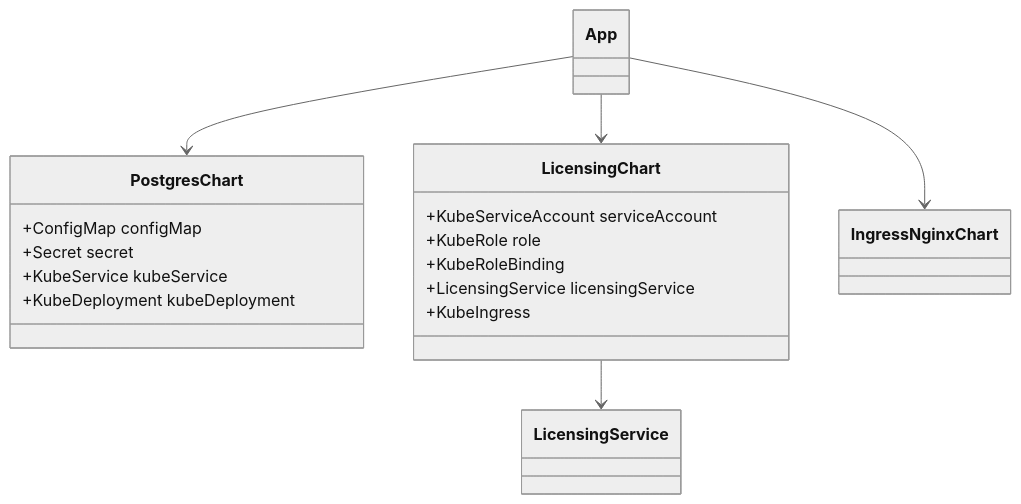
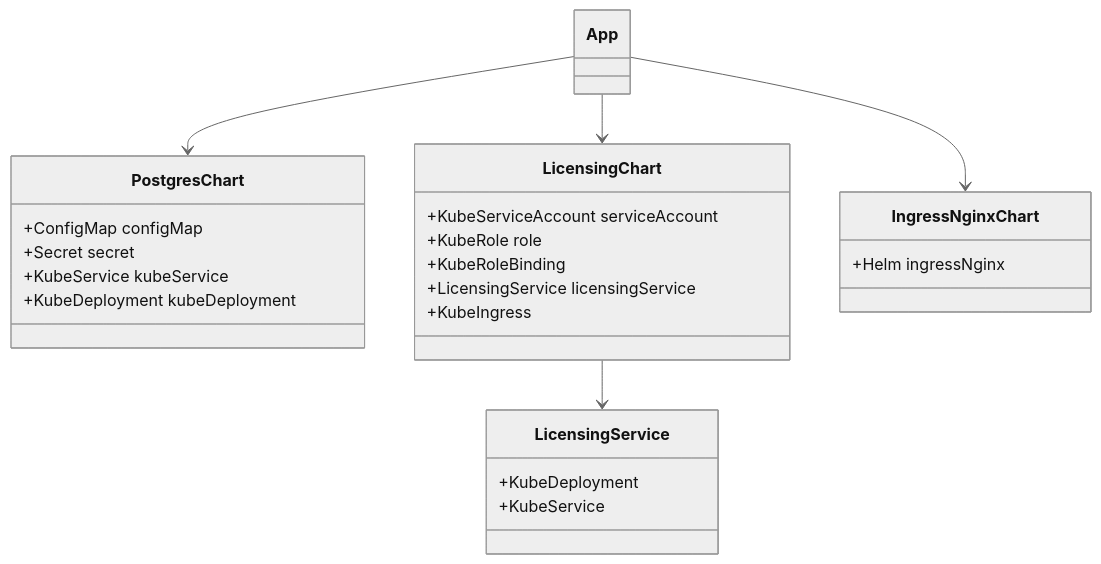
One commit to bettermarks/license-manager-POC changed the diagram in k8s/README.md. Above: the diagram before and after it, drawn with Mermaid (neutral theme).

Commit message:
cdk8s dependencies

````diff
--- a/k8s/README.md
+++ b/k8s/README.md
@@ -189,24 +189,33 @@
 ```mermaid
 classDiagram
 
 class PostgresChart {
    +ConfigMap configMap
    +Secret secret
    +KubeService kubeService
    +KubeDeployment kubeDeployment
 }
 
 class LicensingChart {
    +KubeServiceAccount serviceAccount
    +KubeRole role
    +KubeRoleBinding
    +LicensingService licensingService
    +KubeIngress
 }
 
+class IngressNginxChart {
+   +Helm ingressNginx
+}
+
+class LicensingService {
+   +KubeDeployment
+   +KubeService
+}
+
 App --> PostgresChart
 App --> LicensingChart
 App --> IngressNginxChart
 LicensingChart --> LicensingService
 
 ```
````
